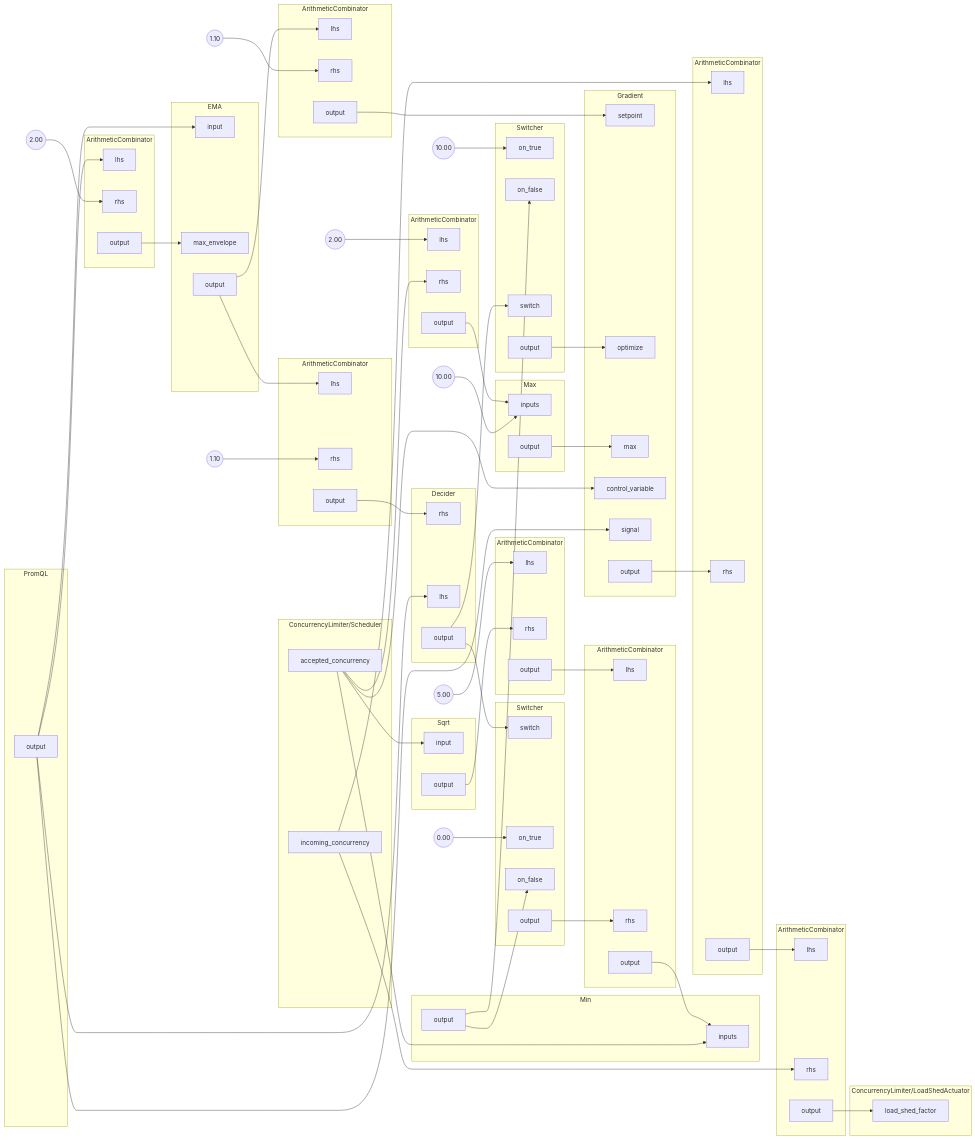
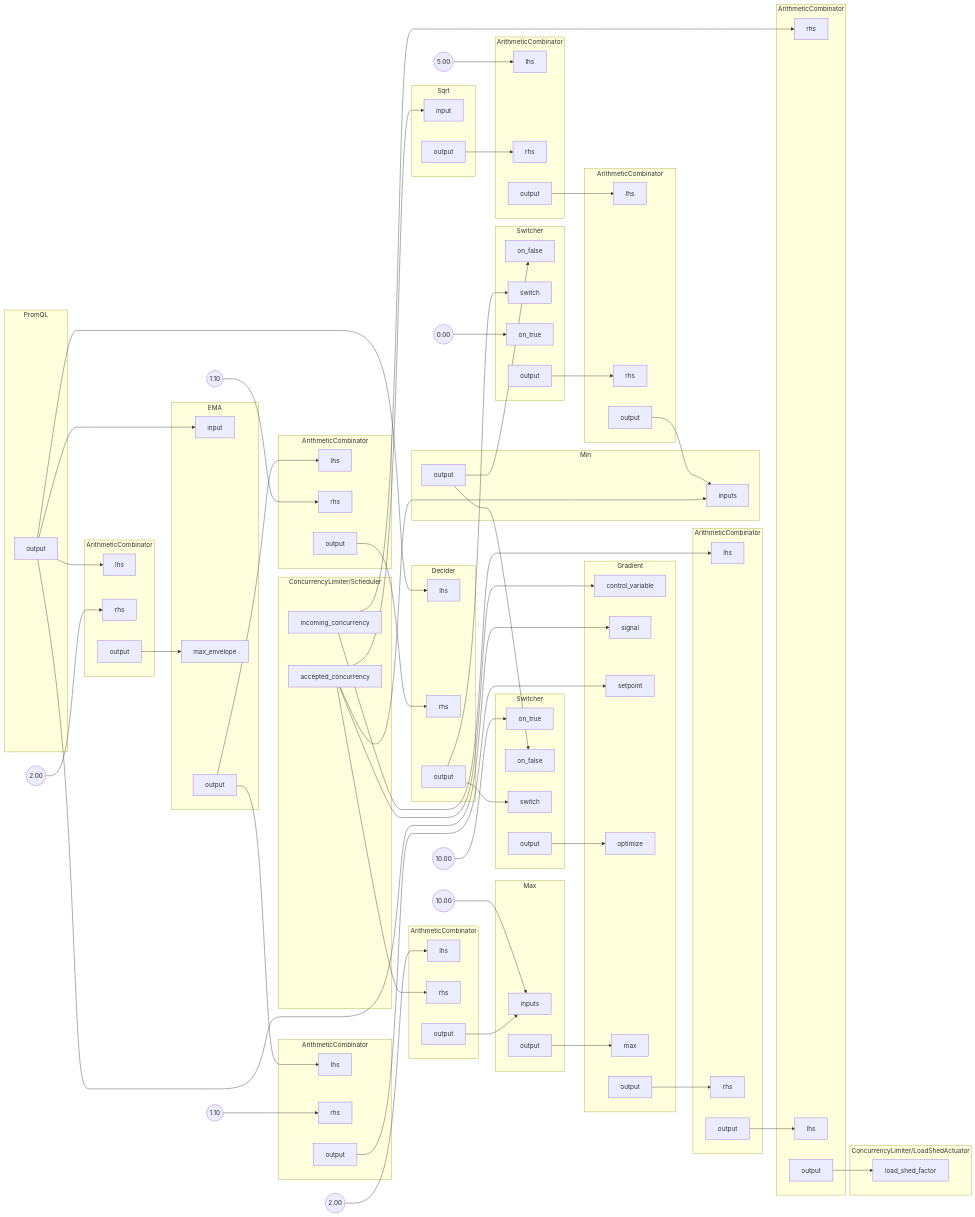
The diagram in docs/content/policies/assets/gen/blueprints/jsonnet/blueprints_0.mmd (dataongunlaws/aperture), drawn with Mermaid before and after one commit. The commit also changed other lines of this file and 17 other files, not shown here.

```diff
--- a/docs/content/policies/assets/gen/blueprints/jsonnet/blueprints_0.mmd
+++ b/docs/content/policies/assets/gen/blueprints/jsonnet/blueprints_0.mmd
@@ -1,140 +1,140 @@
 flowchart LR
 subgraph 0[ArithmeticCombinator]
 0lhs[lhs]
 0rhs[rhs]
 0output[output]
 end
 FakeConstant0((2.00))
 FakeConstant0 --> 0rhs
 subgraph 1[ArithmeticCombinator]
 1lhs[lhs]
 1rhs[rhs]
 1output[output]
 end
 FakeConstant1((1.10))
 FakeConstant1 --> 1rhs
 subgraph 2[ArithmeticCombinator]
 2lhs[lhs]
 2rhs[rhs]
 2output[output]
 end
 subgraph 3[ArithmeticCombinator]
+3rhs[rhs]
 3lhs[lhs]
-3rhs[rhs]
 3output[output]
 end
 subgraph 4[ArithmeticCombinator]
 4lhs[lhs]
 4rhs[rhs]
 4output[output]
 end
 FakeConstant2((2.00))
 FakeConstant2 --> 4lhs
 subgraph 5[ArithmeticCombinator]
 5lhs[lhs]
 5rhs[rhs]
 5output[output]
 end
 FakeConstant3((1.10))
 FakeConstant3 --> 5rhs
 subgraph 6[ArithmeticCombinator]
 6lhs[lhs]
 6rhs[rhs]
 6output[output]
 end
 FakeConstant4((5.00))
 FakeConstant4 --> 6lhs
 subgraph 7[ArithmeticCombinator]
 7lhs[lhs]
 7rhs[rhs]
 7output[output]
 end
 subgraph 8[Min]
 8inputs[inputs]
 8inputs[inputs]
 8output[output]
 end
 subgraph 9[Max]
 9inputs[inputs]
 9inputs[inputs]
 9output[output]
 end
 FakeConstant5((10.00))
 FakeConstant5 --> 9inputs
 subgraph 10[Sqrt]
 10input[input]
 10output[output]
 end
 subgraph 11[PromQL]
 11output[output]
 end
 subgraph 12[EMA]
 12input[input]
 12max_envelope[max_envelope]
 12output[output]
 end
 subgraph 13[Gradient]
+13control_variable[control_variable]
+13signal[signal]
 13setpoint[setpoint]
 13optimize[optimize]
 13max[max]
-13control_variable[control_variable]
-13signal[signal]
 13output[output]
 end
 subgraph 14.Scheduler[ConcurrencyLimiter/Scheduler]
 14.Schedulerincoming_concurrency[incoming_concurrency]
 14.Scheduleraccepted_concurrency[accepted_concurrency]
 end
 subgraph 14.LoadShedActuator[ConcurrencyLimiter/LoadShedActuator]
 14.LoadShedActuatorload_shed_factor[load_shed_factor]
 end
 subgraph 17[Switcher]
+17on_false[on_false]
 17switch[switch]
 17on_true[on_true]
-17on_false[on_false]
 17output[output]
 end
 FakeConstant6((0.00))
 FakeConstant6 --> 17on_true
 subgraph 16[Switcher]
 16on_true[on_true]
 16on_false[on_false]
 16switch[switch]
 16output[output]
 end
 FakeConstant7((10.00))
 FakeConstant7 --> 16on_true
 subgraph 15[Decider]
+15lhs[lhs]
 15rhs[rhs]
-15lhs[lhs]
 15output[output]
 end
-8output --> 16on_false
-8output --> 17on_false
+9output --> 13max
+16output --> 13optimize
+0output --> 12max_envelope
+2output --> 3lhs
+10output --> 6rhs
 11output --> 0lhs
 11output --> 12input
 11output --> 13signal
 11output --> 15lhs
+13output --> 2rhs
 14.Schedulerincoming_concurrency --> 2lhs
 14.Schedulerincoming_concurrency --> 3rhs
+17output --> 7rhs
+3output --> 14.LoadShedActuatorload_shed_factor
+6output --> 7lhs
+8output --> 16on_false
+8output --> 17on_false
+15output --> 16switch
+15output --> 17switch
+4output --> 9inputs
+7output --> 8inputs
+12output --> 1lhs
+12output --> 5lhs
 14.Scheduleraccepted_concurrency --> 4rhs
 14.Scheduleraccepted_concurrency --> 8inputs
 14.Scheduleraccepted_concurrency --> 10input
 14.Scheduleraccepted_concurrency --> 13control_variable
-16output --> 13optimize
-0output --> 12max_envelope
-3output --> 14.LoadShedActuatorload_shed_factor
-2output --> 3lhs
-4output --> 9inputs
+1output --> 13setpoint
 5output --> 15rhs
-6output --> 7lhs
-12output --> 1lhs
-12output --> 5lhs
-15output --> 16switch
-15output --> 17switch
-17output --> 7rhs
-1output --> 13setpoint
-7output --> 8inputs
-9output --> 13max
-10output --> 6rhs
-13output --> 2rhs
```
